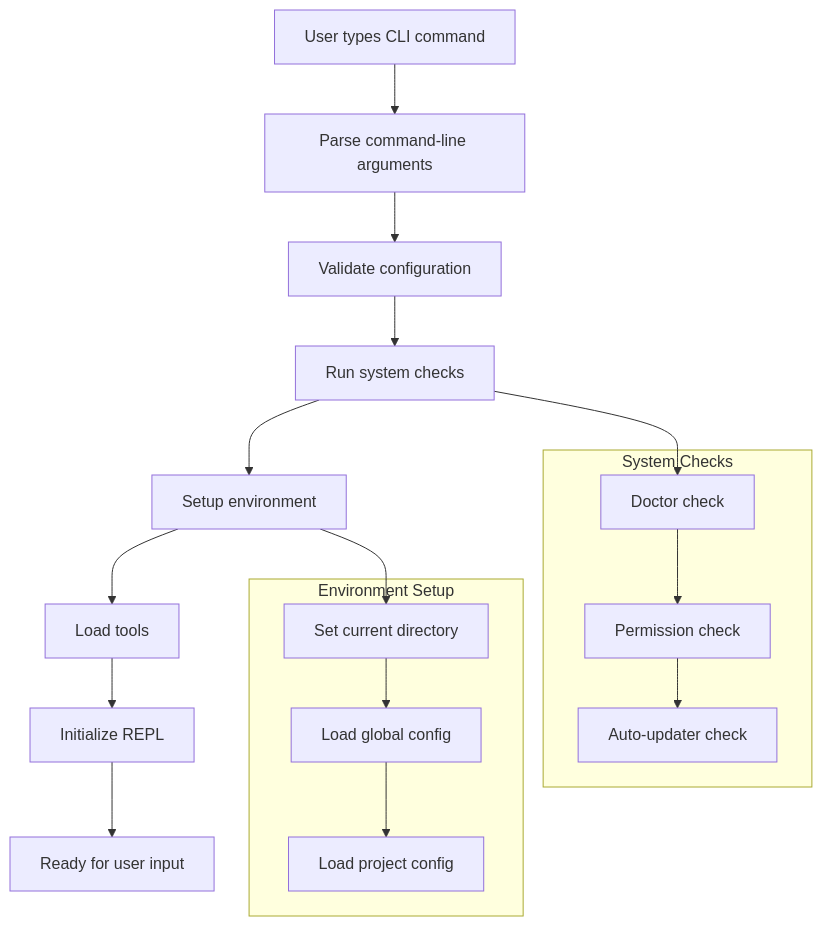
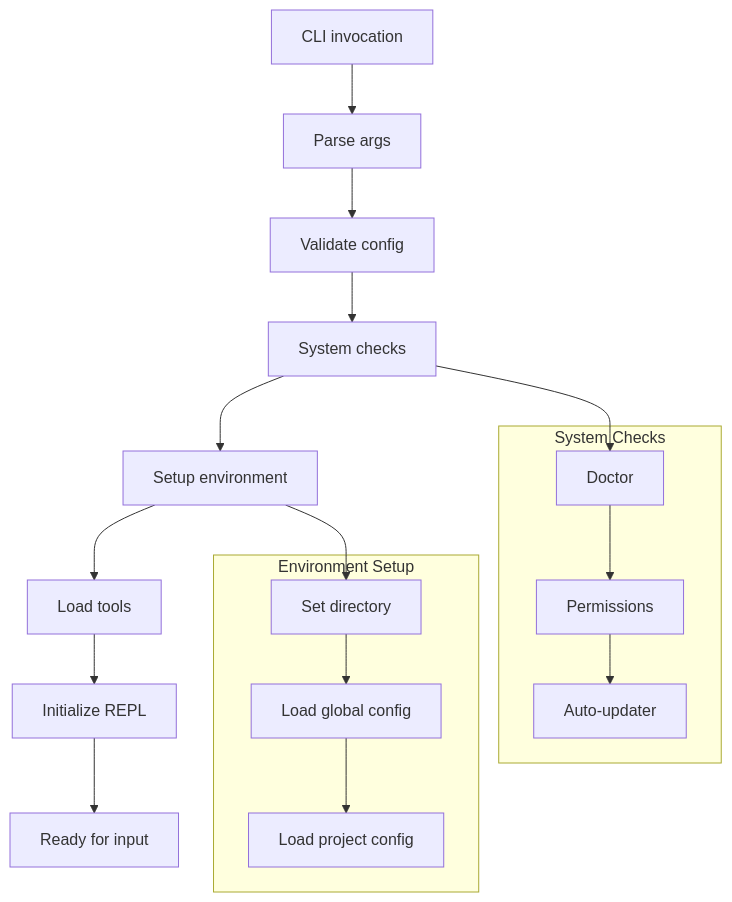
The first of 4 diagrams in src/initialization-process.md (Szermer/QED), drawn with Mermaid before and after one commit. The commit also changed other lines of this file and 1 other file, not shown here.

First line of the commit message:
style: improve writing style in system prompts and initialization docs

````diff
--- a/src/initialization-process.md
+++ b/src/initialization-process.md
@@ -9,23 +9,23 @@
 ```mermaid
 flowchart TD
-    A[User types CLI command] --> B[Parse command-line arguments]
-    B --> C[Validate configuration]
-    C --> D[Run system checks]
+    A[CLI invocation] --> B[Parse args]
+    B --> C[Validate config]
+    C --> D[System checks]
     D --> E[Setup environment]
     E --> F[Load tools]
     F --> G[Initialize REPL]
-    G --> H[Ready for user input]
+    G --> H[Ready for input]
     
     subgraph "System Checks"
-    D1[Doctor check] --> D2[Permission check]
-    D2 --> D3[Auto-updater check]
+    D1[Doctor] --> D2[Permissions]
+    D2 --> D3[Auto-updater]
     end
     
     subgraph "Environment Setup"
-    E1[Set current directory] --> E2[Load global config]
+    E1[Set directory] --> E2[Load global config]
     E2 --> E3[Load project config]
     end
     
     D --> D1
     E --> E1
 ```
````
